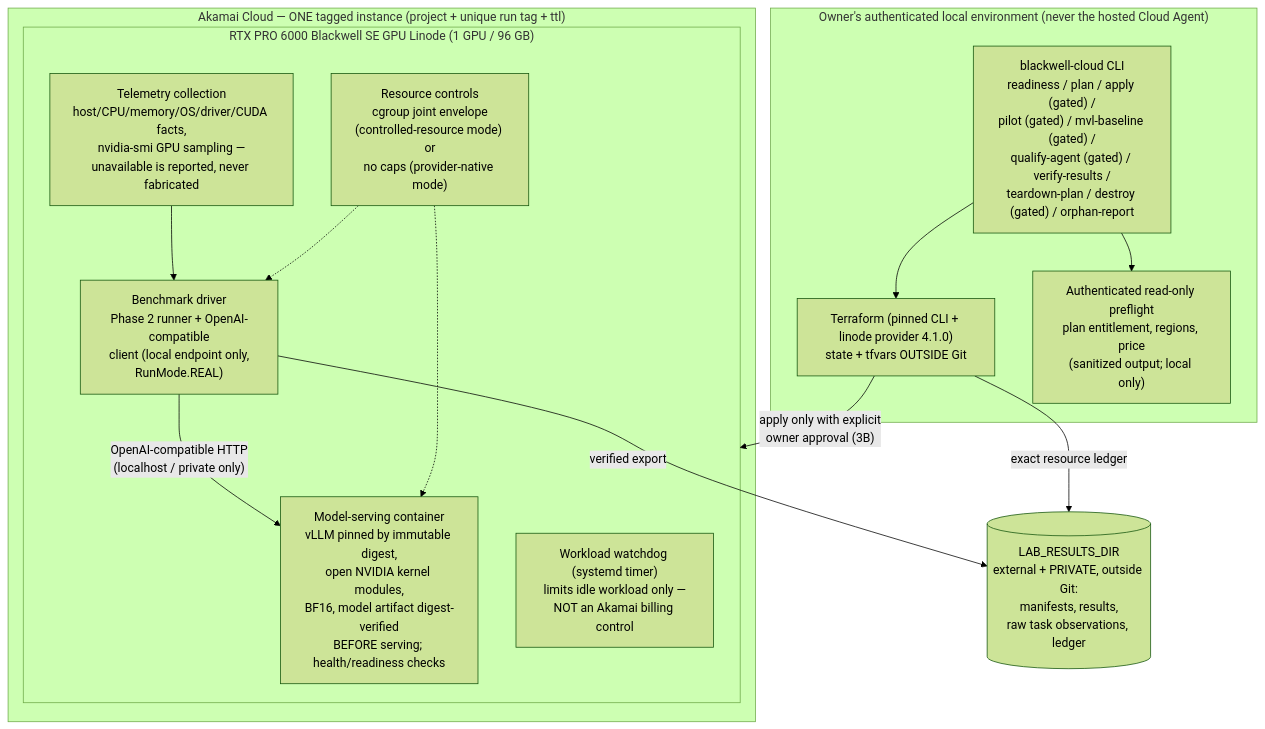
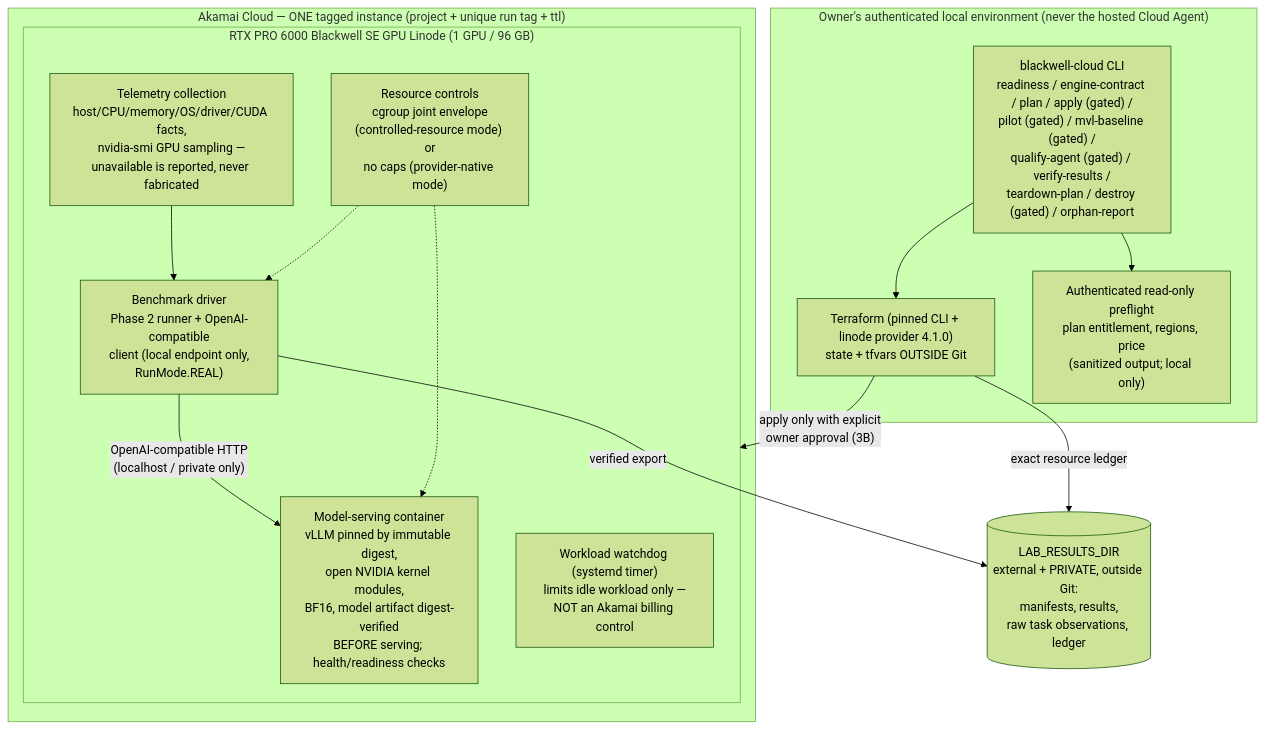
One commit to jgdynamite10/blackwell-agentic-inference-lab changed the third of 4 diagrams in docs/architecture.md. Above: the diagram before and after it, drawn with Mermaid (forest theme). The commit also changed other lines of this file and 26 other files, not shown here.

````diff
--- a/docs/architecture.md
+++ b/docs/architecture.md
@@ -241,28 +254,28 @@
 ```mermaid
 flowchart TB
     subgraph operator["Owner's authenticated local environment (never the hosted Cloud Agent)"]
-        cli["blackwell-cloud CLI<br/>readiness / plan / apply (gated) /<br/>pilot (gated) / mvl-baseline (gated) /<br/>qualify-agent (gated) / verify-results /<br/>teardown-plan / destroy (gated) / orphan-report"]
+        cli["blackwell-cloud CLI<br/>readiness / engine-contract / plan / apply (gated) /<br/>pilot (gated) / mvl-baseline (gated) /<br/>qualify-agent (gated) / verify-results /<br/>teardown-plan / destroy (gated) / orphan-report"]
         tf["Terraform (pinned CLI + linode provider 4.1.0)<br/>state + tfvars OUTSIDE Git"]
         preflight["Authenticated read-only preflight<br/>plan entitlement, regions, price<br/>(sanitized output; local only)"]
     end
     subgraph akamai["Akamai Cloud — ONE tagged instance (project + unique run tag + ttl)"]
         subgraph inst["RTX PRO 6000 Blackwell SE GPU Linode (1 GPU / 96 GB)"]
             serving["Model-serving container<br/>vLLM pinned by immutable digest,<br/>open NVIDIA kernel modules,<br/>BF16, model artifact digest-verified<br/>BEFORE serving; health/readiness checks"]
             driver["Benchmark driver<br/>Phase 2 runner + OpenAI-compatible<br/>client (local endpoint only,<br/>RunMode.REAL)"]
             telem["Telemetry collection<br/>host/CPU/memory/OS/driver/CUDA facts,<br/>nvidia-smi GPU sampling —<br/>unavailable is reported, never fabricated"]
             limits["Resource controls<br/>cgroup joint envelope<br/>(controlled-resource mode) or<br/>no caps (provider-native mode)"]
             watchdog["Workload watchdog (systemd timer)<br/>limits idle workload only —<br/>NOT an Akamai billing control"]
         end
     end
     external[("LAB_RESULTS_DIR<br/>external + PRIVATE, outside Git:<br/>manifests, results,<br/>raw task observations, ledger")]
 
     cli --> tf
     tf -- "apply only with explicit<br/>owner approval (3B)" --> inst
     cli --> preflight
     driver -- "OpenAI-compatible HTTP<br/>(localhost / private only)" --> serving
     telem --> driver
     limits -.-> serving
     limits -.-> driver
     driver -- "verified export" --> external
     tf -- "exact resource ledger" --> external
 ```
````
